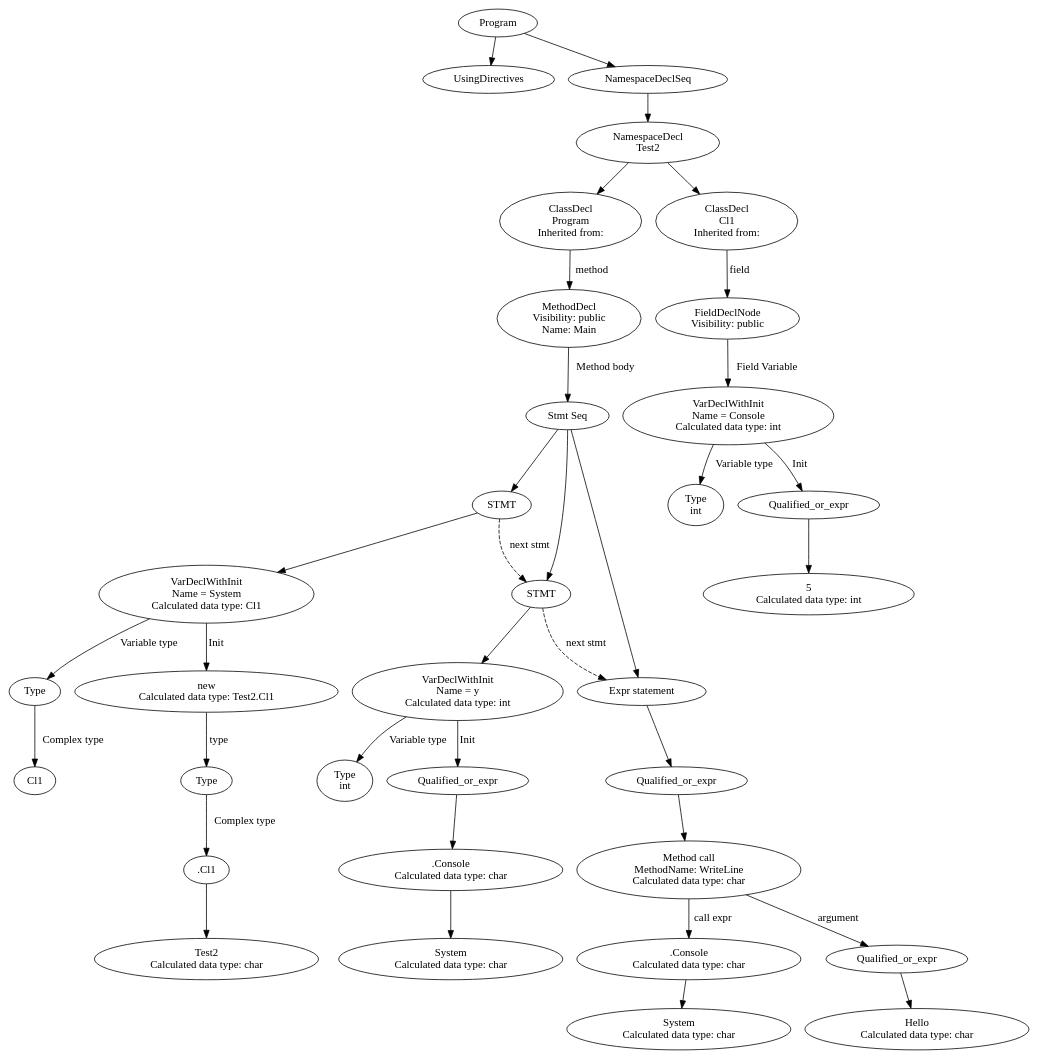
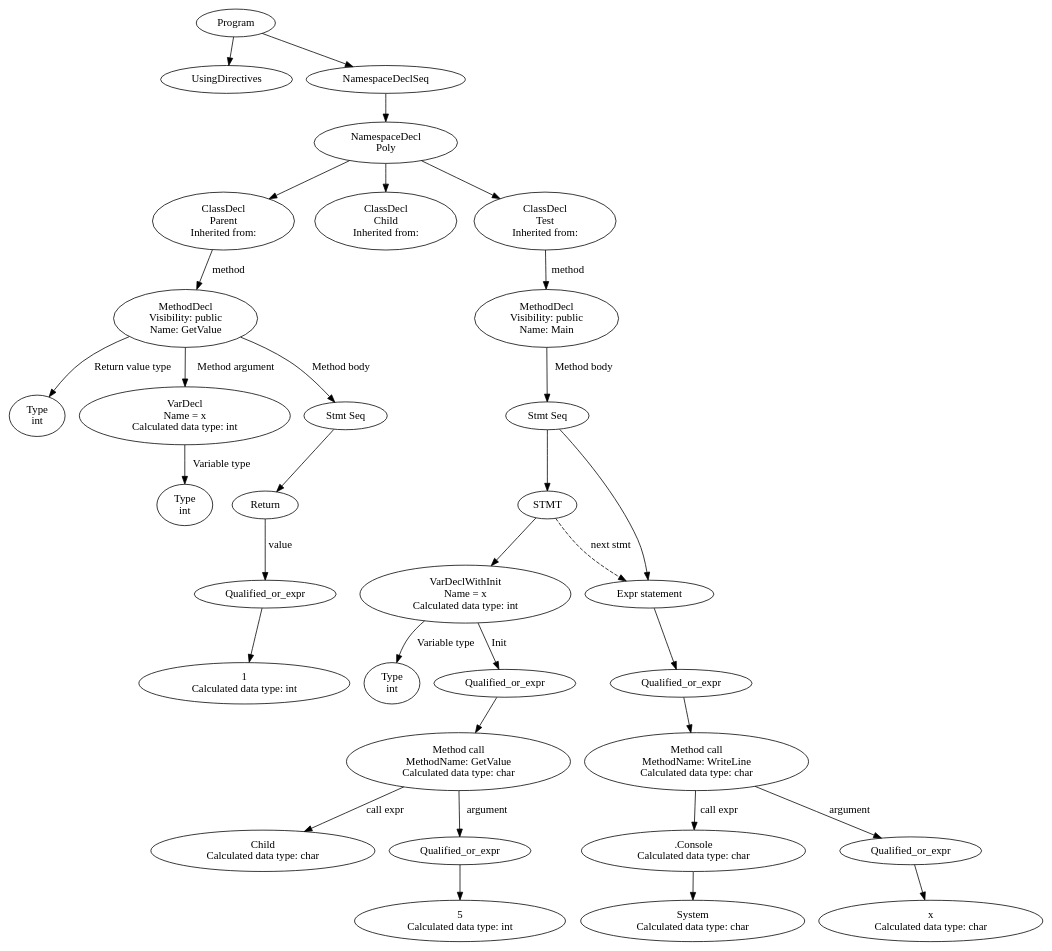
The diagram in lexer-build/ast.dot (SergeyGT/CSharp_Compiler), drawn with Graphviz before and after one commit. The commit also changed 5 other files, not shown here.

```diff
--- a/lexer-build/ast.dot
+++ b/lexer-build/ast.dot
@@ -1,71 +1,66 @@
 digraph Program {
-38 [label="Program"]
+39 [label="Program"]
 0 [label="UsingDirectives"]
-37 [label="NamespaceDeclSeq"]
-36 [label="NamespaceDecl\nTest2"]
-27 [label="ClassDecl\nProgram\nInherited from: "]
-25 [label="MethodDecl\nVisibility: public\nName: Main"]
-10 [label="Stmt Seq"]
-9 [label="STMT"]
-8 [label="VarDeclWithInit\nName = System\nCalculated data type: Cl1"]
-3 [label="Type"]
-2 [label="Cl1"]
-3 -> 2 [label="Complex type"]
-8 -> 3 [label="Variable type"]
-7 [label="new\nCalculated data type: Test2.Cl1"]
-6 [label="Type"]
-5 [label=".Cl1"]
-4 [label="Test2\nCalculated data type: char"]
-5 -> 4
-6 -> 5 [label="Complex type"]
-7 -> 6 [label="type"]
-8 -> 7 [label="Init"]
-9 -> 8
-10 -> 9
-16 [label="STMT"]
-15 [label="VarDeclWithInit\nName = y\nCalculated data type: int"]
-11 [label="Type\nint"]
-15 -> 11 [label="Variable type"]
-14 [label="Qualified_or_expr"]
-13 [label=".Console\nCalculated data type: char"]
-12 [label="System\nCalculated data type: char"]
-13 -> 12
-14 -> 13
-15 -> 14 [label="Init"]
-16 -> 15
-10 -> 16
-9 -> 16 [label="next stmt"][style="dashed"]
-24 [label="Expr statement"]
-23 [label="Qualified_or_expr"]
-22 [label="Method call\nMethodName: WriteLine\nCalculated data type: char"]
-18 [label=".Console\nCalculated data type: char"]
-17 [label="System\nCalculated data type: char"]
-18 -> 17
-22 -> 18 [label="call expr"]
-20 [label="Qualified_or_expr"]
-19 [label="Hello\nCalculated data type: char"]
-20 -> 19
-22 -> 20 [label="argument"]
-23 -> 22
+38 [label="NamespaceDeclSeq"]
+37 [label="NamespaceDecl\nPoly"]
+11 [label="ClassDecl\nParent\nInherited from: "]
+9 [label="MethodDecl\nVisibility: public\nName: GetValue"]
+1 [label="Type\nint"]
+9 -> 1 [label="Return value type"]
+3 [label="VarDecl\nName = x\nCalculated data type: int"]
+2 [label="Type\nint"]
+3 -> 2 [label="Variable type"]
+9 -> 3 [label="Method argument"]
+8 [label="Stmt Seq"]
+7 [label="Return"]
+6 [label="Qualified_or_expr"]
+5 [label="1\nCalculated data type: int"]
+6 -> 5
+7 -> 6 [label="value"]
+8 -> 7
+9 -> 8 [label="Method body"]
+11 -> 9 [label="method"]
+37 -> 11
+14 [label="ClassDecl\nChild\nInherited from: "]
+37 -> 14
+36 [label="ClassDecl\nTest\nInherited from: "]
+34 [label="MethodDecl\nVisibility: public\nName: Main"]
+25 [label="Stmt Seq"]
+24 [label="STMT"]
+23 [label="VarDeclWithInit\nName = x\nCalculated data type: int"]
+16 [label="Type\nint"]
+23 -> 16 [label="Variable type"]
+22 [label="Qualified_or_expr"]
+21 [label="Method call\nMethodName: GetValue\nCalculated data type: char"]
+17 [label="Child\nCalculated data type: char"]
+21 -> 17 [label="call expr"]
+19 [label="Qualified_or_expr"]
+18 [label="5\nCalculated data type: int"]
+19 -> 18
+21 -> 19 [label="argument"]
+22 -> 21
+23 -> 22 [label="Init"]
 24 -> 23
-10 -> 24
-16 -> 24 [label="next stmt"][style="dashed"]
-25 -> 10 [label="Method body"]
-27 -> 25 [label="method"]
-36 -> 27
-35 [label="ClassDecl\nCl1\nInherited from: "]
-33 [label="FieldDeclNode\nVisibility: public"]
-32 [label="VarDeclWithInit\nName = Console\nCalculated data type: int"]
-29 [label="Type\nint"]
-32 -> 29 [label="Variable type"]
-31 [label="Qualified_or_expr"]
-30 [label="5\nCalculated data type: int"]
-31 -> 30
-32 -> 31 [label="Init"]
-33 -> 32 [label="Field Variable"]
-35 -> 33 [label="field"]
-36 -> 35
+25 -> 24
+33 [label="Expr statement"]
+32 [label="Qualified_or_expr"]
+31 [label="Method call\nMethodName: WriteLine\nCalculated data type: char"]
+27 [label=".Console\nCalculated data type: char"]
+26 [label="System\nCalculated data type: char"]
+27 -> 26
+31 -> 27 [label="call expr"]
+29 [label="Qualified_or_expr"]
+28 [label="x\nCalculated data type: char"]
+29 -> 28
+31 -> 29 [label="argument"]
+32 -> 31
+33 -> 32
+25 -> 33
+24 -> 33 [label="next stmt"][style="dashed"]
+34 -> 25 [label="Method body"]
+36 -> 34 [label="method"]
 37 -> 36
-38 -> 0
 38 -> 37
+39 -> 0
+39 -> 38
 }
```
